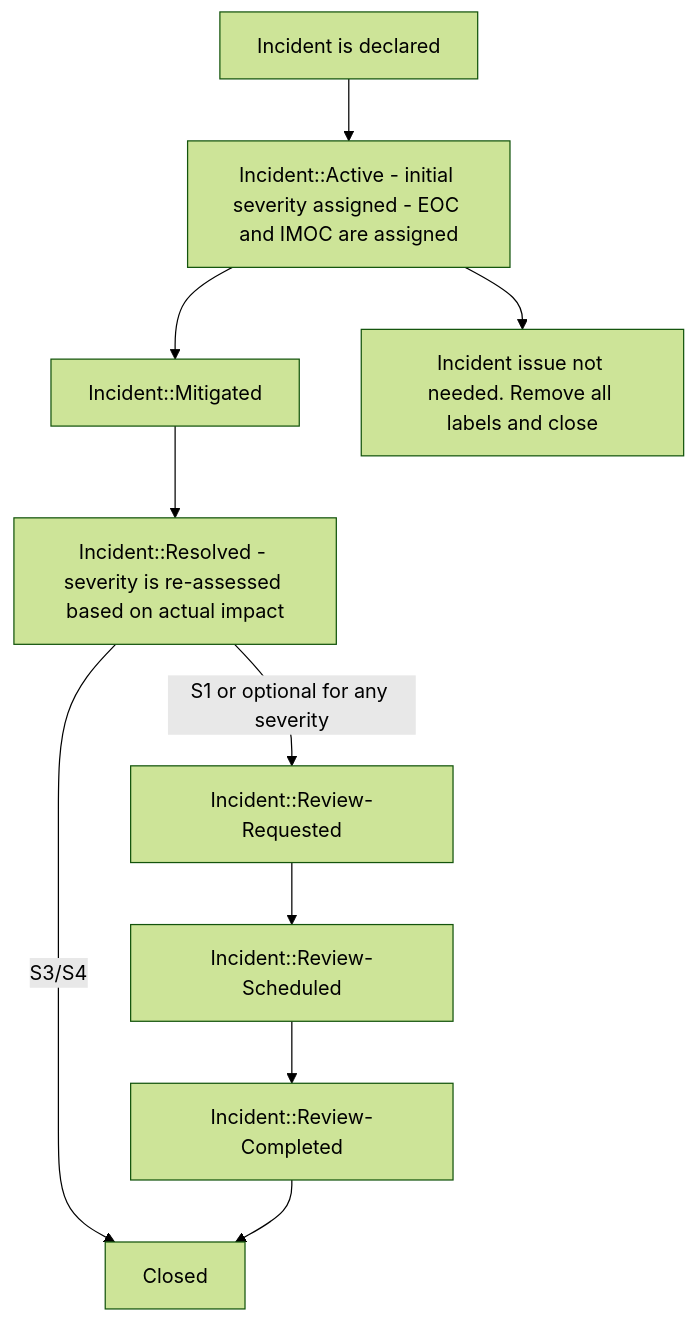
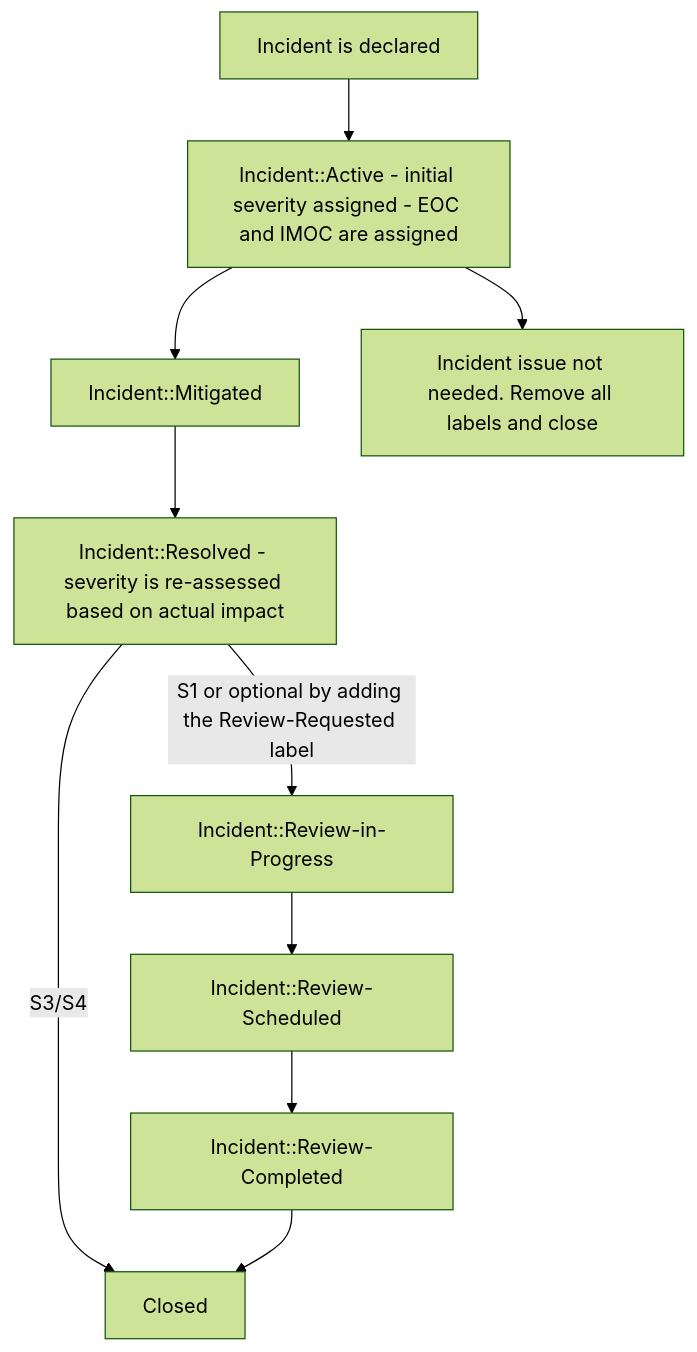
Before and after one commit to secretstartups/handbook: the diagram in infrastructure/incident-management/index.html.md, drawn with Mermaid (forest theme). The commit also changed other lines of this file, not shown here.

Commit message:
Adds a separate label for Review-Requested

````diff
--- a/infrastructure/incident-management/index.html.md
+++ b/infrastructure/incident-management/index.html.md
@@ -350,12 +351,12 @@
 ```mermaid
 graph TD
   A[Incident is declared] --> B[Incident::Active - initial severity assigned - EOC and IMOC are assigned]
   B --> C[Incident::Mitigated]
   C --> D[Incident::Resolved - severity is re-assessed based on actual impact]
-  D --> |S1 or optional for any severity| E[Incident::Review-Requested]
+  D --> |S1 or optional by adding the Review-Requested label| E[Incident::Review-in-Progress]
   E --> F[Incident::Review-Scheduled]
   D -->|S3/S4| Z[Closed]
   B --> Y[Incident issue not needed. Remove all labels and close]
   F --> G[Incident::Review-Completed]
   G --> Z
 ```
````
